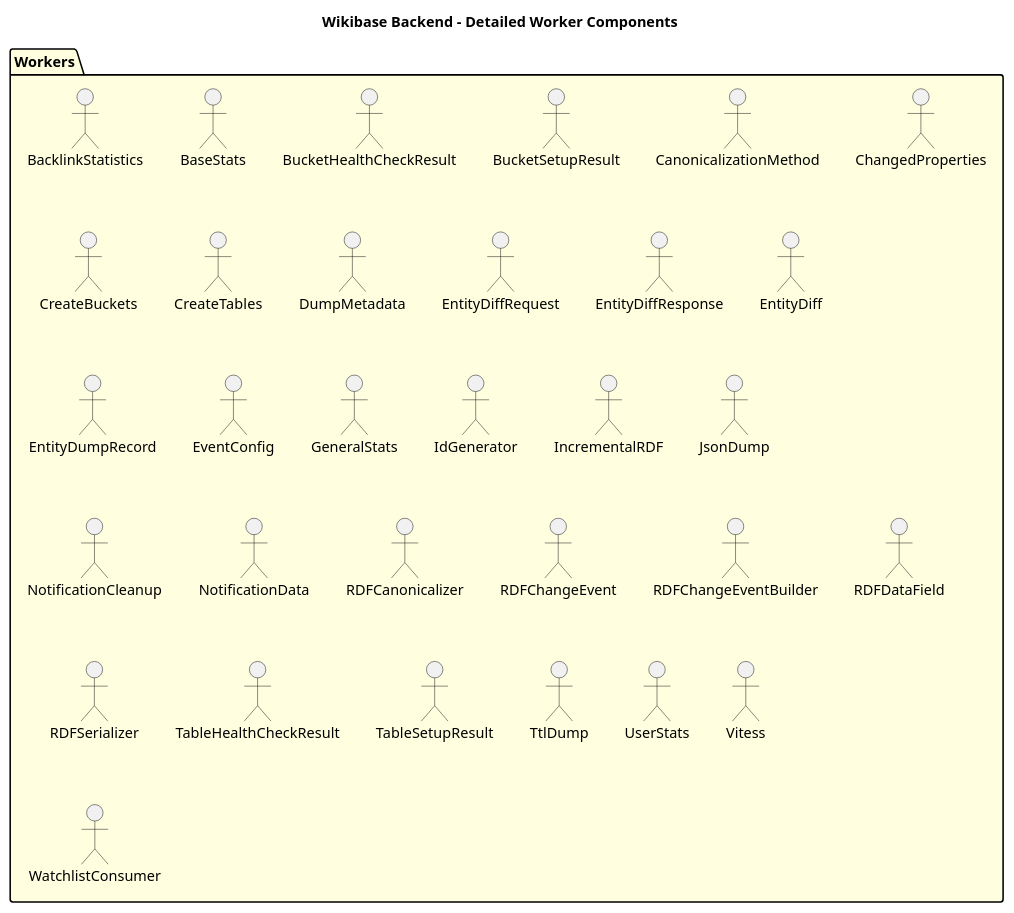
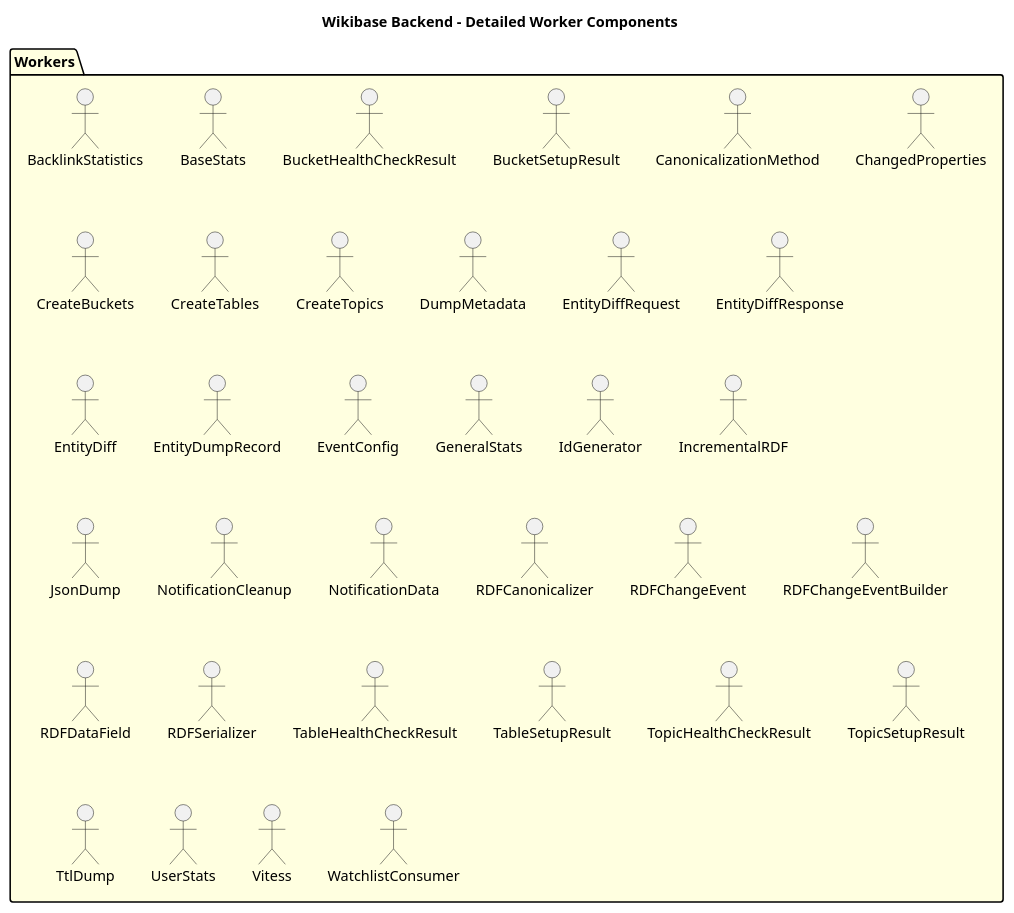
One commit to dpriskorn/entitybase-backend changed the diagram in docs/DIAGRAMS/detailed_worker_components.puml. Above: the diagram before and after it, drawn with PlantUML. The commit also changed 21 other files, not shown here.

```diff
--- a/docs/DIAGRAMS/detailed_worker_components.puml
+++ b/docs/DIAGRAMS/detailed_worker_components.puml
@@ -1,39 +1,42 @@
 @startuml Detailed Worker Components
 
 title Wikibase Backend - Detailed Worker Components
 
 package "Workers" as Workers #LightYellow {
     "BacklinkStatistics" as BacklinkStatisticsWorker
     "BaseStats" as BaseStatsWorker
     "BucketHealthCheckResult" as BucketHealthCheckResult
     "BucketSetupResult" as BucketSetupResult
     "CanonicalizationMethod" as CanonicalizationMethod
     "ChangedProperties" as ChangedProperties
     "CreateBuckets" as CreateBuckets
     "CreateTables" as CreateTables
+    "CreateTopics" as CreateTopics
     "DumpMetadata" as DumpMetadata
     "EntityDiffRequest" as EntityDiffRequest
     "EntityDiffResponse" as EntityDiffResponse
     "EntityDiff" as EntityDiffWorker
     "EntityDumpRecord" as EntityDumpRecord
     "EventConfig" as EventConfig
     "GeneralStats" as GeneralStatsWorker
     "IdGenerator" as IdGeneratorWorker
     "IncrementalRDF" as IncrementalRDFWorker
     "JsonDump" as JsonDumpWorker
     "NotificationCleanup" as NotificationCleanupWorker
     "NotificationData" as NotificationData
     "RDFCanonicalizer" as RDFCanonicalizer
     "RDFChangeEvent" as RDFChangeEvent
     "RDFChangeEventBuilder" as RDFChangeEventBuilder
     "RDFDataField" as RDFDataField
     "RDFSerializer" as RDFSerializer
     "TableHealthCheckResult" as TableHealthCheckResult
     "TableSetupResult" as TableSetupResult
+    "TopicHealthCheckResult" as TopicHealthCheckResult
+    "TopicSetupResult" as TopicSetupResult
     "TtlDump" as TtlDumpWorker
     "UserStats" as UserStatsWorker
     "Vitess" as VitessWorker
     "WatchlistConsumer" as WatchlistConsumerWorker
 }
 
 @enduml
```
